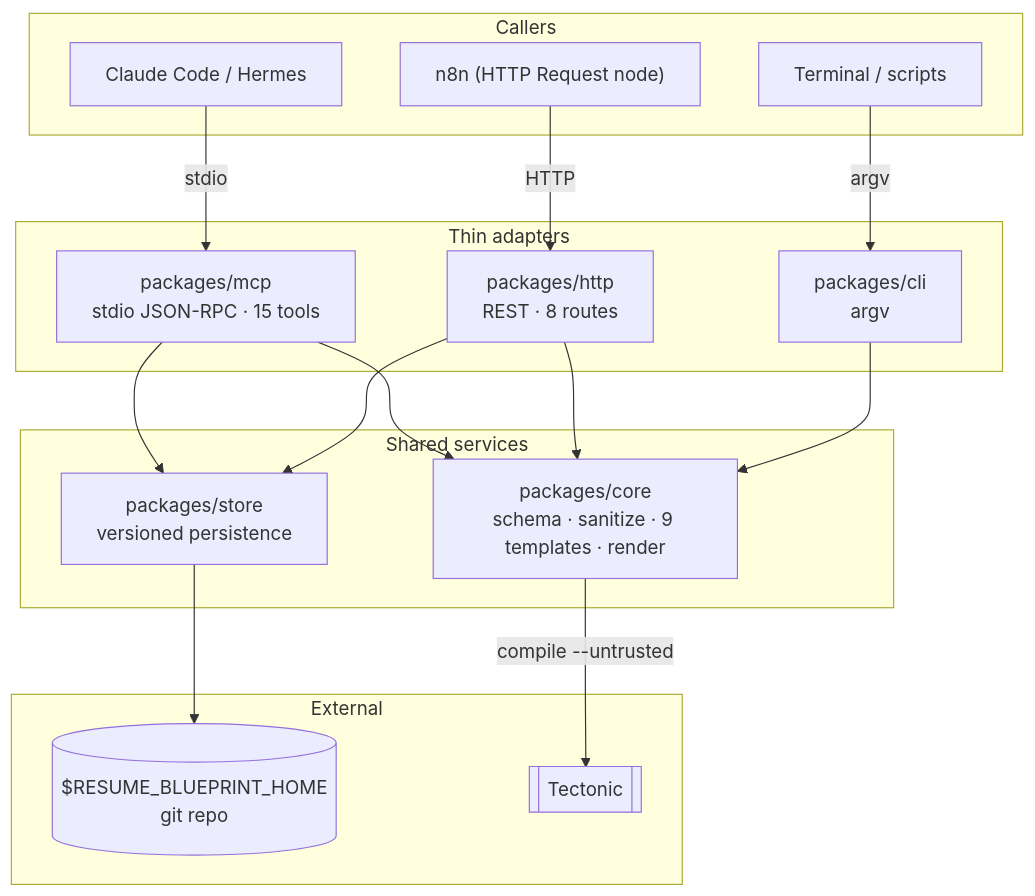
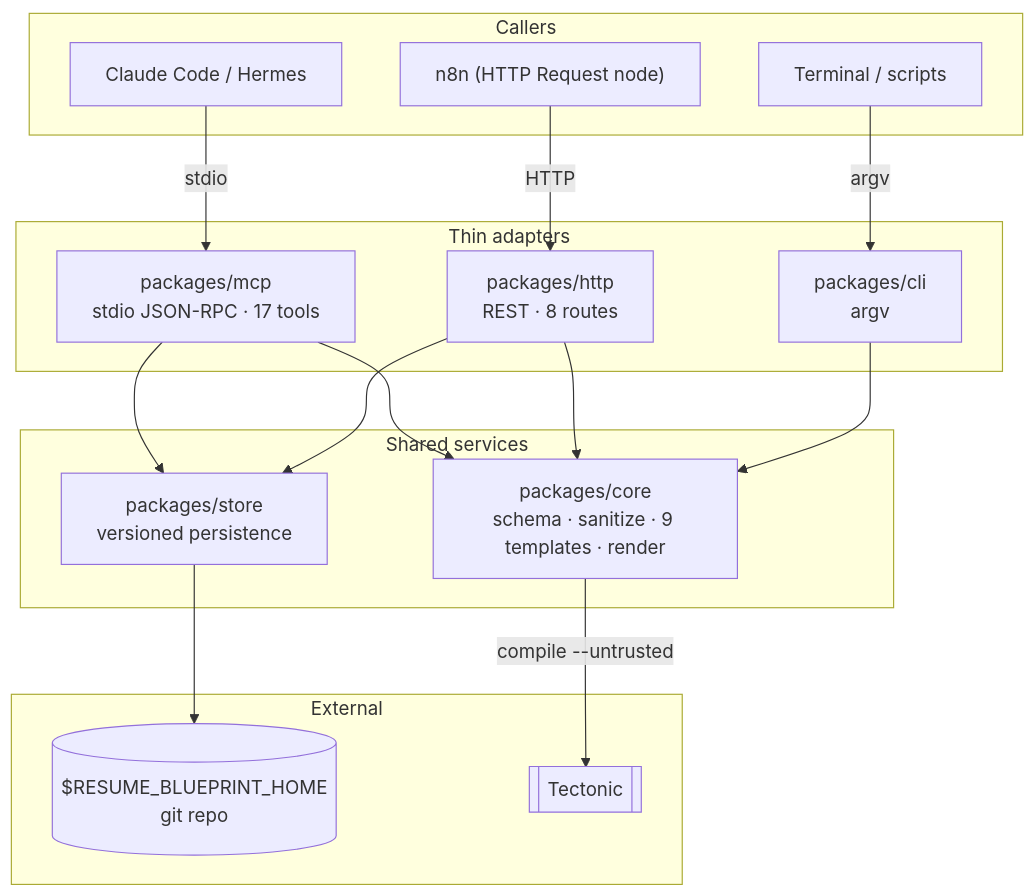
One commit to kekcoke/resume-blueprint changed the first of 2 diagrams in README.md. Above: the diagram before and after it, drawn with Mermaid. The commit also changed other lines of this file, not shown here.

````diff
--- a/README.md
+++ b/README.md
@@ -222,37 +227,37 @@
 ```mermaid
 flowchart TB
     subgraph Callers["Callers"]
         A1["Claude Code / Hermes"]
         A2["n8n (HTTP Request node)"]
         A3["Terminal / scripts"]
     end
 
     subgraph Interfaces["Thin adapters"]
-        MCP["packages/mcp<br/>stdio JSON-RPC · 15 tools"]
+        MCP["packages/mcp<br/>stdio JSON-RPC · 17 tools"]
         HTTP["packages/http<br/>REST · 8 routes"]
         CLI["packages/cli<br/>argv"]
     end
 
     subgraph Services["Shared services"]
         STORE["packages/store<br/>versioned persistence"]
         CORE["packages/core<br/>schema · sanitize · 9 templates · render"]
     end
 
     subgraph External["External"]
         GIT[("$RESUME_BLUEPRINT_HOME<br/>git repo")]
         TEX[["Tectonic"]]
     end
 
     A1 -- stdio --> MCP
     A2 -- HTTP --> HTTP
     A3 -- argv --> CLI
 
     MCP --> STORE
     MCP --> CORE
     HTTP --> STORE
     HTTP --> CORE
     CLI --> CORE
 
     STORE --> GIT
     CORE -- "compile --untrusted" --> TEX
 ```
````
